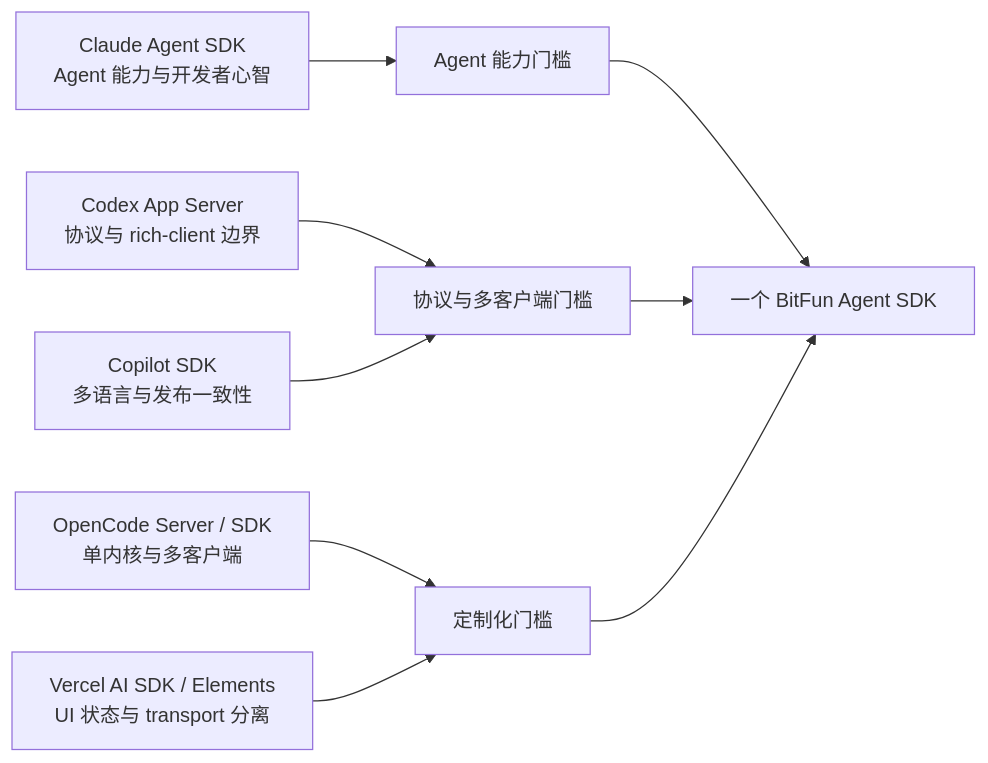
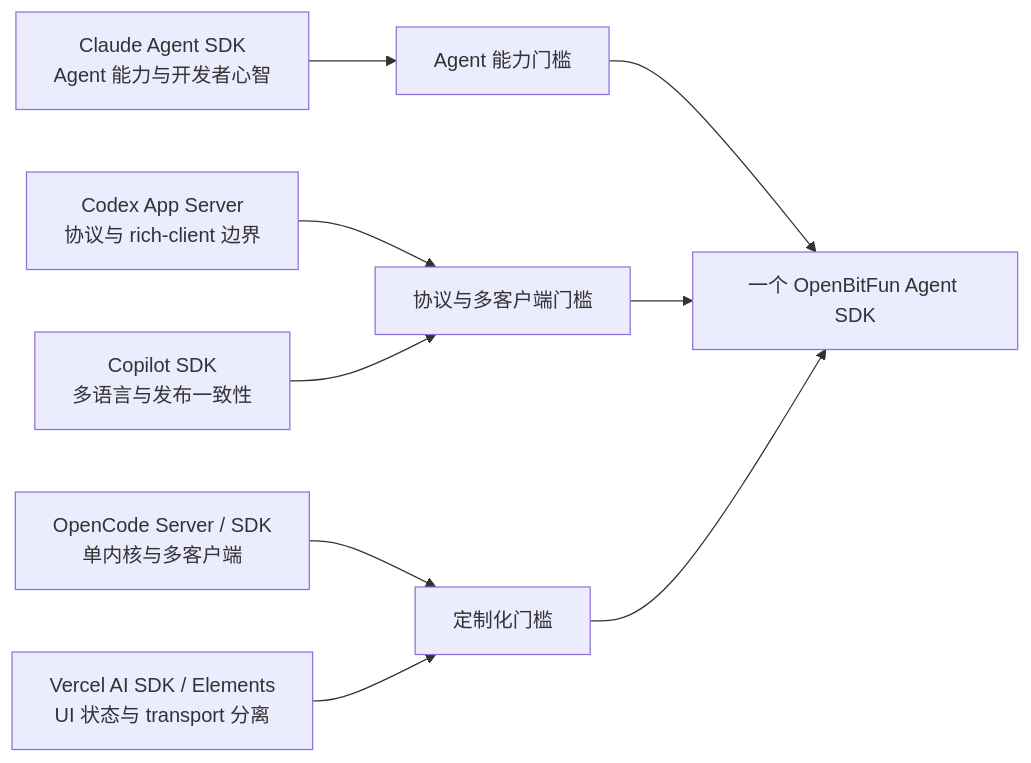
Before and after one commit to 1688mengdie/BitFun: the second of 11 diagrams in docs/architecture/agent-sdk-product-architecture.md, drawn with Mermaid. The commit also changed other lines of this file and 4651 other files, not shown here.

Commit message:
refactor!: rename BitFun to OpenBitFun (#2795)

````diff
--- a/docs/architecture/agent-sdk-product-architecture.md
+++ b/docs/architecture/agent-sdk-product-architecture.md
@@ -91,12 +91,12 @@
 ```mermaid
 flowchart LR
   Claude["Claude Agent SDK\nAgent 能力与开发者心智"] --> Capability["Agent 能力门槛"]
   Codex["Codex App Server\n协议与 rich-client 边界"] --> Protocol["协议与多客户端门槛"]
   Copilot["Copilot SDK\n多语言与发布一致性"] --> Protocol
   OpenCode["OpenCode Server / SDK\n单内核与多客户端"] --> Customization["定制化门槛"]
   Vercel["Vercel AI SDK / Elements\nUI 状态与 transport 分离"] --> Customization
 
-  Capability --> BitFun["一个 BitFun Agent SDK"]
-  Protocol --> BitFun
-  Customization --> BitFun
+  Capability --> OpenBitFun["一个 OpenBitFun Agent SDK"]
+  Protocol --> OpenBitFun
+  Customization --> OpenBitFun
 ```
````
